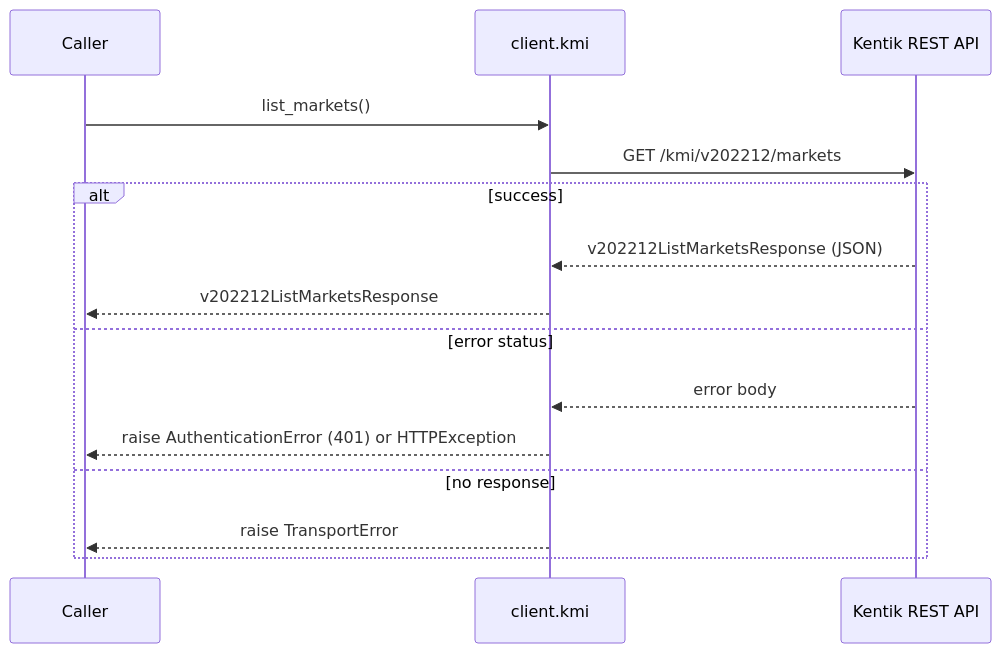
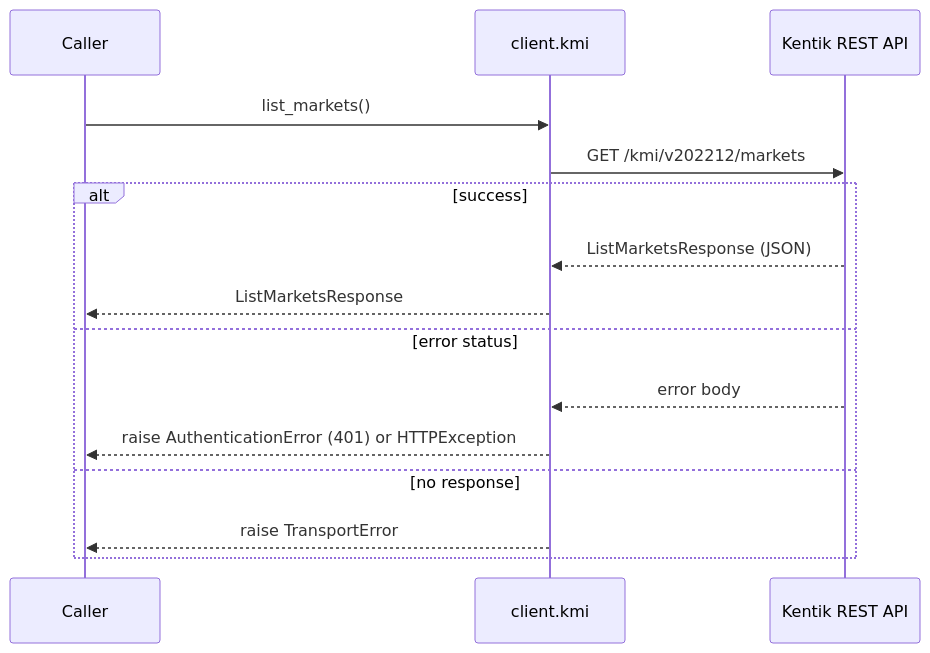
One commit to alexdearaujo/community_sdk_python changed the tenth of 12 diagrams in docs/sphinx/services/kmi.md. Above: the diagram before and after it, drawn with Mermaid. The commit also changed other lines of this file and 38 other files, not shown here.

````diff
--- a/docs/sphinx/services/kmi.md
+++ b/docs/sphinx/services/kmi.md
@@ -363,18 +363,18 @@
 ```mermaid
 sequenceDiagram
     participant C as Caller
     participant W as client.kmi
     participant API as Kentik REST API
 
     C->>W: list_markets()
     W->>API: GET /kmi/v202212/markets
     alt success
-        API-->>W: v202212ListMarketsResponse (JSON)
-        W-->>C: v202212ListMarketsResponse
+        API-->>W: ListMarketsResponse (JSON)
+        W-->>C: ListMarketsResponse
     else error status
         API-->>W: error body
         W-->>C: raise AuthenticationError (401) or HTTPException
     else no response
         W-->>C: raise TransportError
     end
 ```
````
